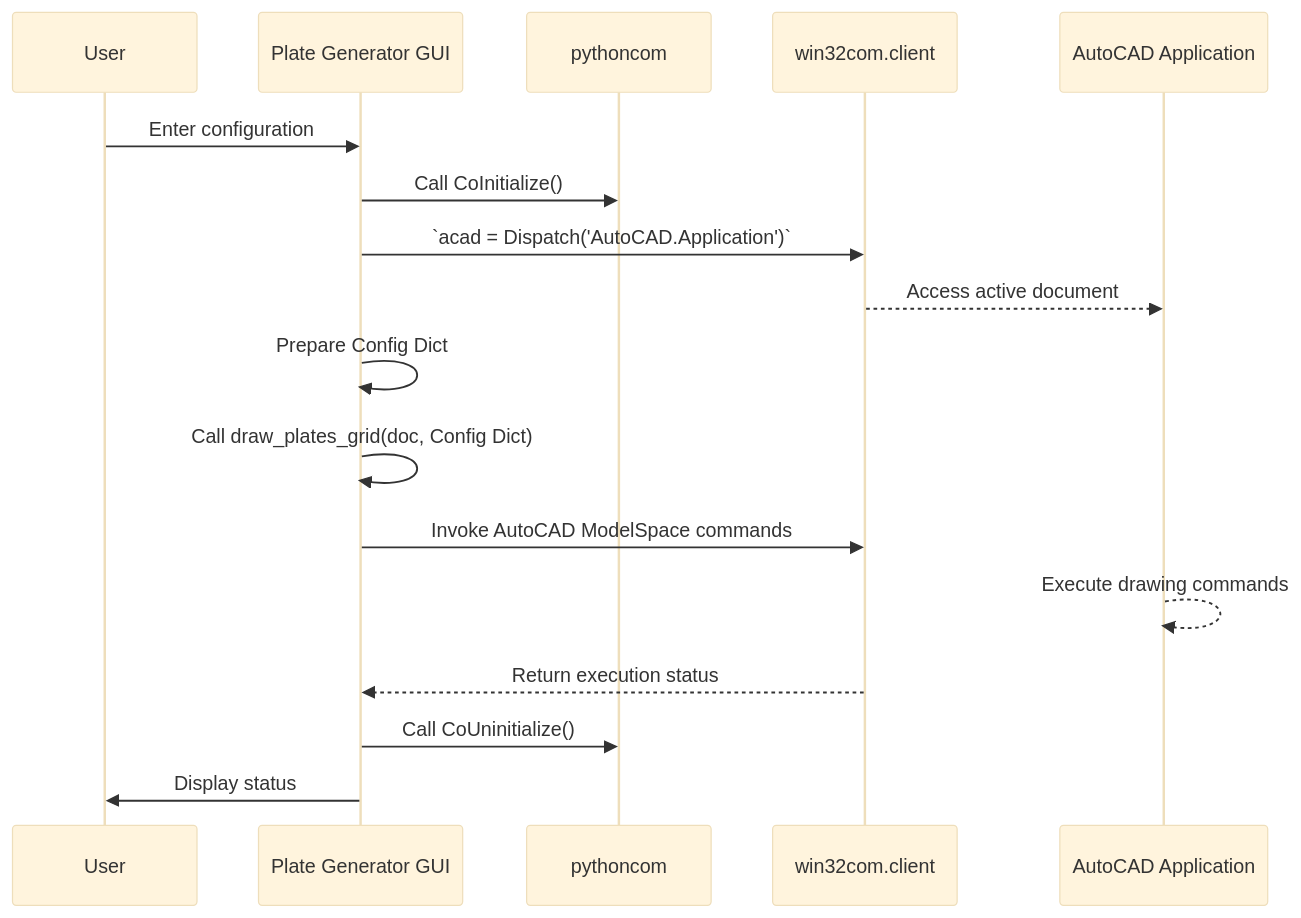
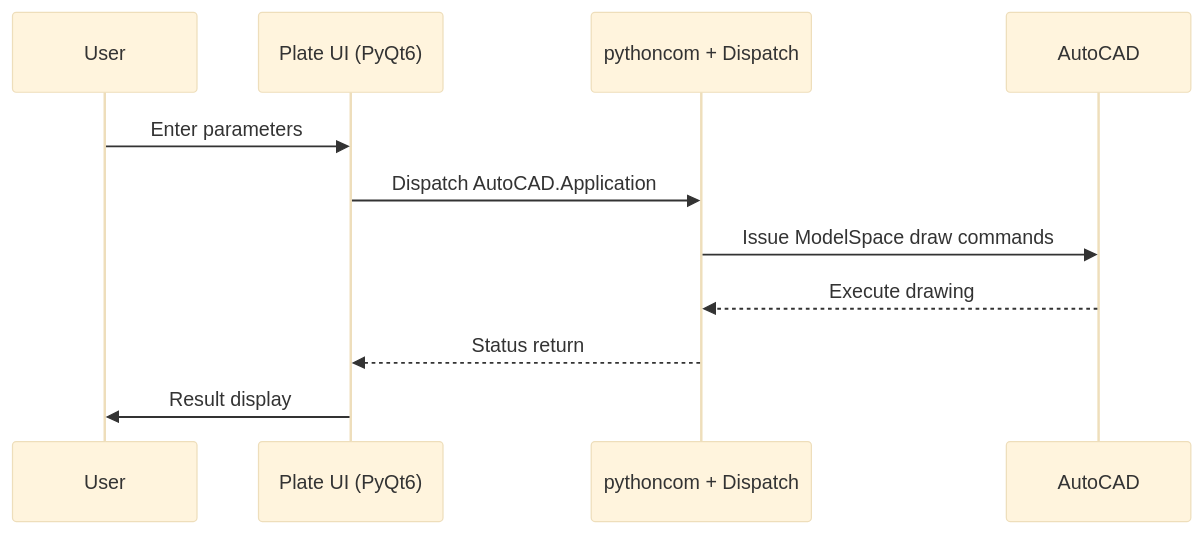
One commit to aamitn/plategen changed the second of 3 diagrams in README.md. Above: the diagram before and after it, drawn with Mermaid (base theme). The commit also changed other lines of this file, not shown here.

````diff
--- a/README.md
+++ b/README.md
@@ -105,20 +112,14 @@
 ```mermaid
 sequenceDiagram
     participant U as User
-    participant G as Plate Generator GUI
-    participant P as pythoncom
-    participant C as win32com.client
-    participant A as AutoCAD Application
+    participant GUI as Plate UI (PyQt6)
+    participant COM as pythoncom + Dispatch
+    participant CAD as AutoCAD
 
-    U->>G: Enter configuration
-    G->>P: Call CoInitialize()
-    G->>C: `acad = Dispatch('AutoCAD.Application')`
-    C-->>A: Access active document
-    G->>G: Prepare Config Dict
-    G->>G: Call draw_plates_grid(doc, Config Dict)
-    G->>C: Invoke AutoCAD ModelSpace commands
-    A-->>A: Execute drawing commands
-    C-->>G: Return execution status
-    G->>P: Call CoUninitialize()
-    G->>U: Display status
+    U ->> GUI: Enter parameters
+    GUI ->> COM: Dispatch AutoCAD.Application
+    COM ->> CAD: Issue ModelSpace draw commands
+    CAD -->> COM: Execute drawing
+    COM -->> GUI: Status return
+    GUI ->> U: Result display
 ```
````
